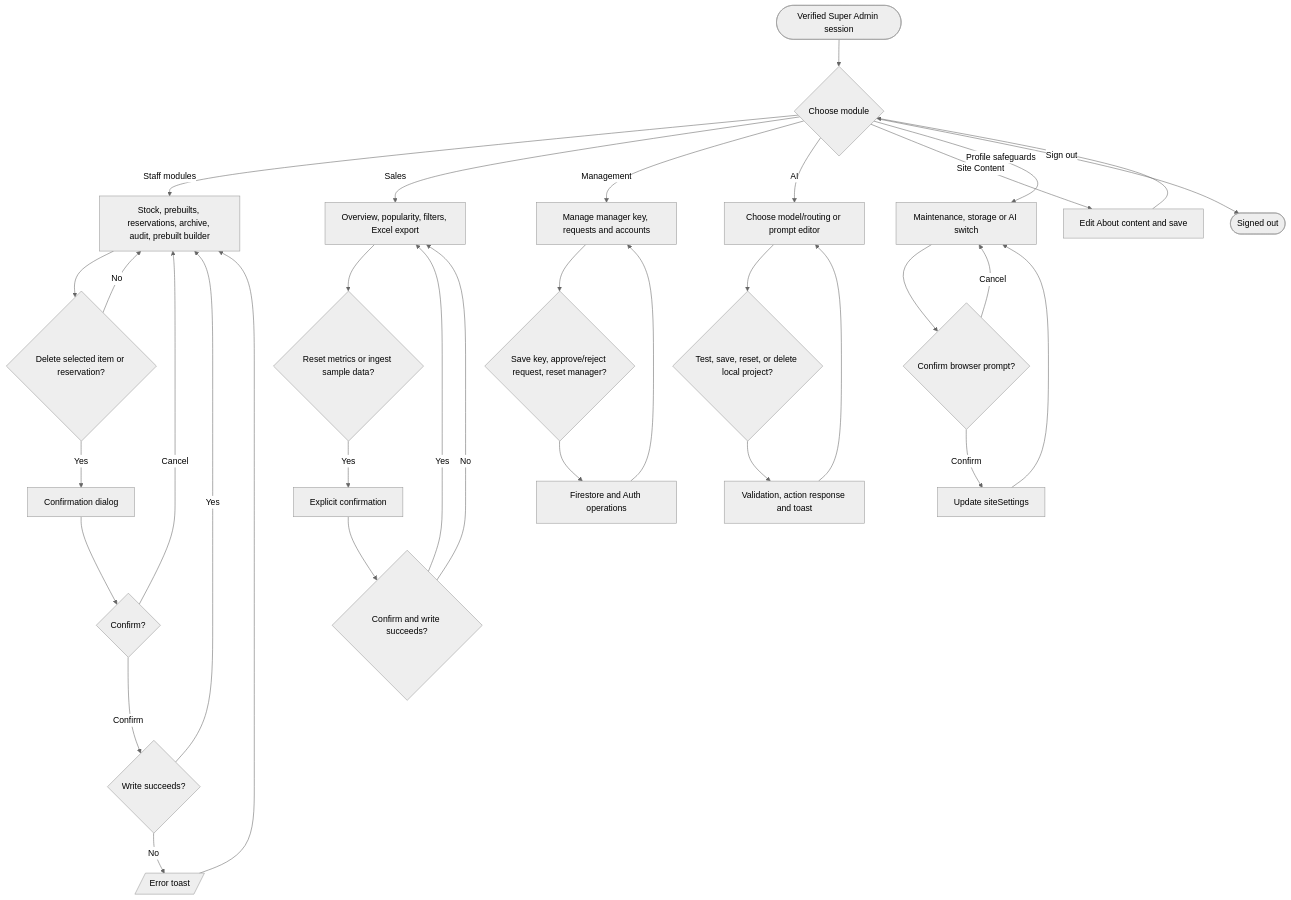
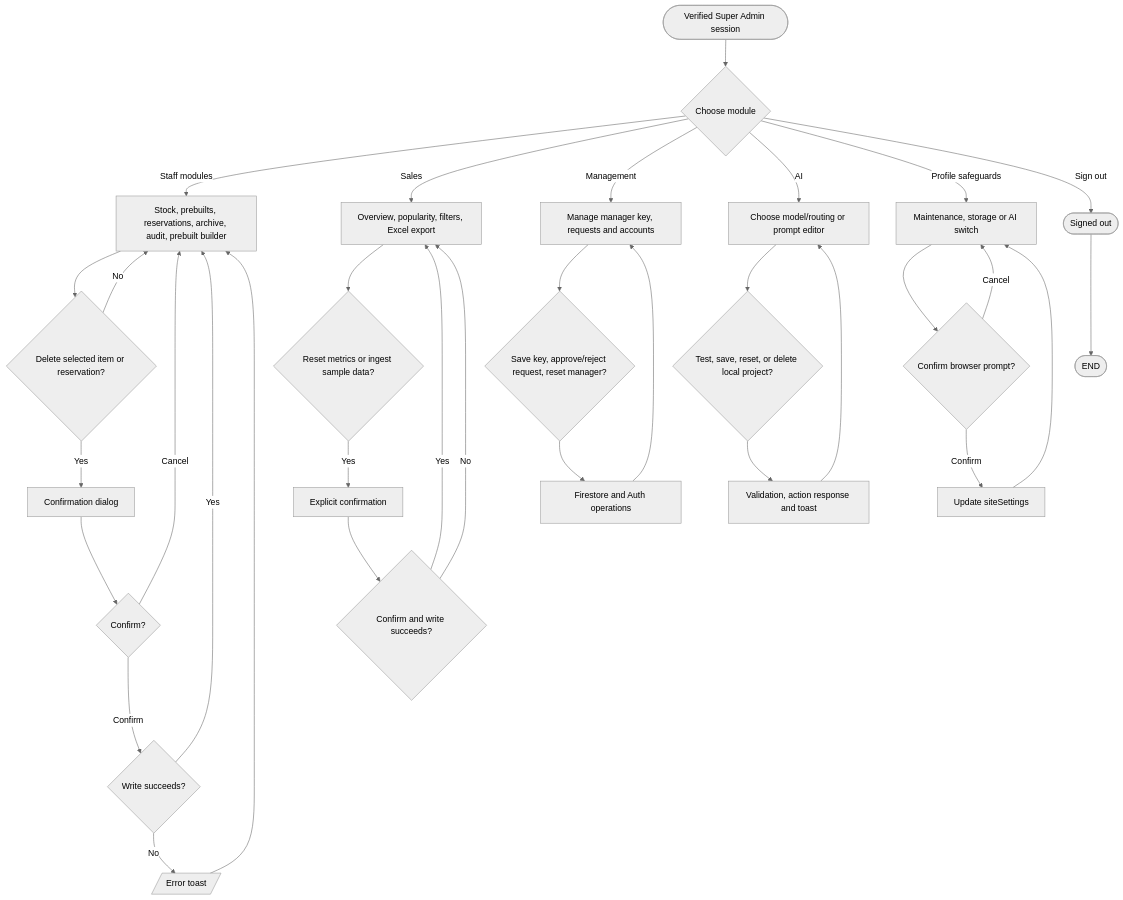
Before and after one commit to VirgenRayzon/BuilbotAI: the diagram in docs/flowcharts/super-admin-flowchart.md, drawn with Mermaid (neutral theme). The commit also changed other lines of this file and 109 other files, not shown here.

Commit message:
feat(builder): add live recommendations, budget slider, and updated system flowcharts

````diff
--- a/docs/flowcharts/super-admin-flowchart.md
+++ b/docs/flowcharts/super-admin-flowchart.md
@@ -5,29 +9,29 @@
 ```mermaid
 flowchart TD
   Start([Verified Super Admin session]) --> Menu{Choose module}
   Menu -- Staff modules --> Shared[Stock, prebuilts, reservations, archive, audit, prebuilt builder]
   Shared --> Destructive{Delete selected item or reservation?}
   Destructive -- No --> Shared
   Destructive -- Yes --> Confirm[Confirmation dialog] --> Decision{Confirm?}
   Decision -- Cancel --> Shared
   Decision -- Confirm --> Delete{Write succeeds?}
   Delete -- Yes --> Shared
   Delete -- No --> Error[/Error toast/] --> Shared
   Menu -- Sales --> Sales[Overview, popularity, filters, Excel export]
   Sales --> SalesChoice{Reset metrics or ingest sample data?}
   SalesChoice -- Yes --> SalesConfirm[Explicit confirmation] --> SalesWrite{Confirm and write succeeds?}
   SalesWrite -- Yes --> Sales
   SalesWrite -- No --> Sales
   Menu -- Management --> Management[Manage manager key, requests and accounts]
   Management --> KeyChoice{Save key, approve/reject request, reset manager?}
   KeyChoice --> KeyWrite[Firestore and Auth operations] --> Management
   Menu -- AI --> AiSettings[Choose model/routing or prompt editor]
   AiSettings --> AiAction{Test, save, reset, or delete local project?}
   AiAction --> AiResult[Validation, action response and toast] --> AiSettings
-  Menu -- Site Content --> Content[Edit About content and save] --> Menu
   Menu -- Profile safeguards --> Safeguards[Maintenance, storage or AI switch]
   Safeguards --> BrowserConfirm{Confirm browser prompt?}
   BrowserConfirm -- Cancel --> Safeguards
   BrowserConfirm -- Confirm --> SettingsWrite[Update siteSettings] --> Safeguards
   Menu -- Sign out --> Exit([Signed out])
+  Exit --> Finish([END])
 ```
````
